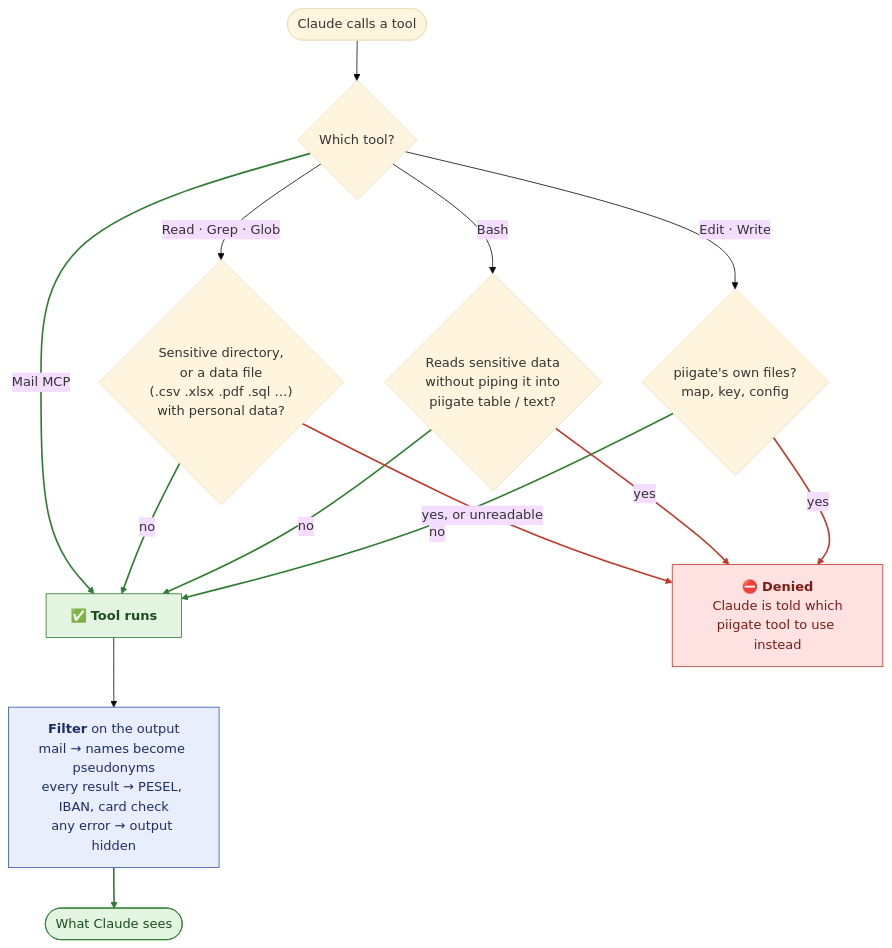
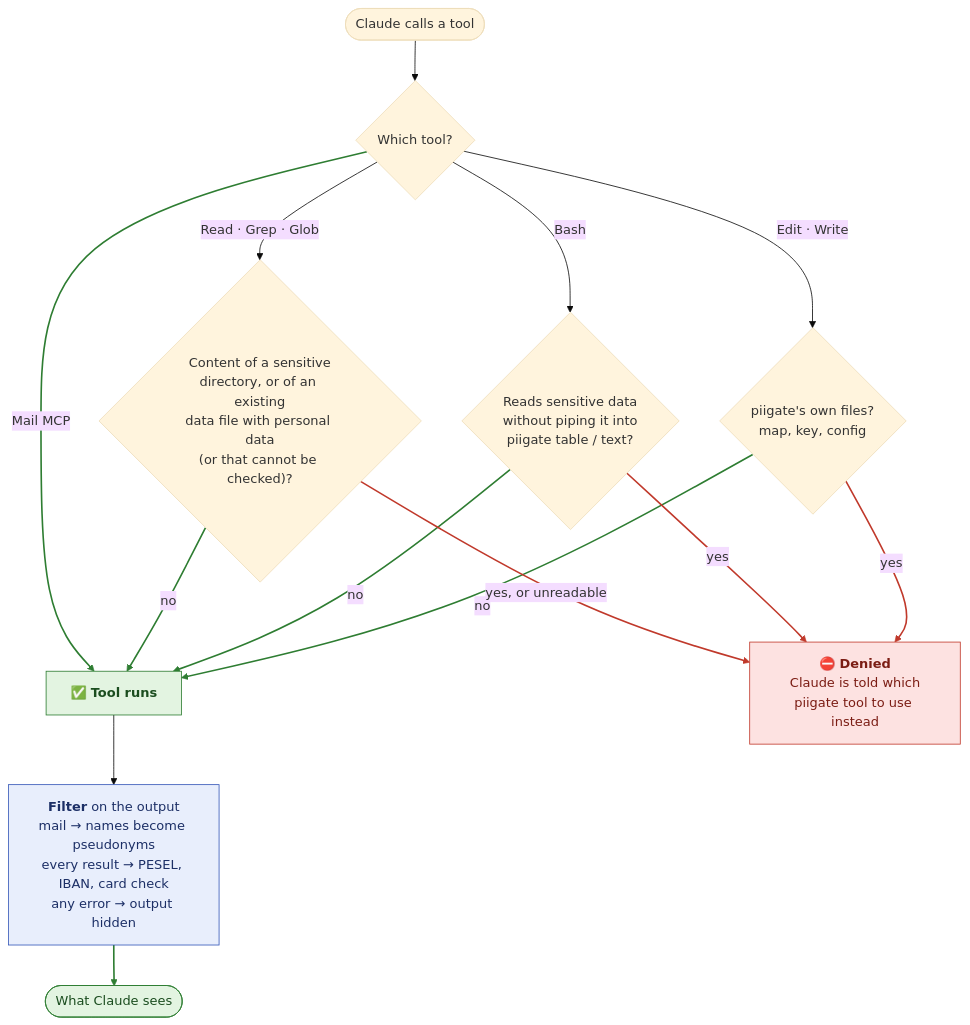
One commit to DragonKing026/piigate changed the first of 2 diagrams in README.md. Above: the diagram before and after it, drawn with Mermaid (base theme). The commit also changed other lines of this file and 5 other files, not shown here.

````diff
--- a/README.md
+++ b/README.md
@@ -22,29 +22,29 @@
 ```mermaid
 flowchart TD
     call(["Claude calls a tool"]) --> which{"Which tool?"}
 
-    which -->|"Read · Grep · Glob"| read{"Sensitive directory,<br>or a data file<br>(.csv .xlsx .pdf .sql …)<br>with personal data?"}
+    which -->|"Read · Grep · Glob"| read{"Content of a sensitive<br>directory, or of an existing<br>data file with personal data<br>(or that cannot be checked)?"}
     which -->|Bash| bash{"Reads sensitive data<br>without piping it into<br>piigate table / text?"}
     which -->|"Edit · Write"| own{"piigate's own files?<br>map, key, config"}
     which -->|"Mail MCP"| runs
 
     read -->|no| runs
     bash -->|no| runs
     own -->|no| runs
     read -->|"yes, or unreadable"| deny
     bash -->|yes| deny
     own -->|yes| deny
 
     deny["⛔ <b>Denied</b><br>Claude is told which<br>piigate tool to use instead"]
     runs["✅ <b>Tool runs</b>"] --> filter["<b>Filter</b> on the output<br>mail → names become pseudonyms<br>every result → PESEL, IBAN, card check<br>any error → output hidden"]
     filter --> ctx(["What Claude sees"])
 
     classDef deny fill:#fde2e1,stroke:#c0392b,color:#7b1d14
     classDef ok fill:#e3f4e1,stroke:#2e7d32,color:#1b4d1f
     classDef step fill:#e8eefc,stroke:#3557b7,color:#1c2f66
     class deny deny
     class runs,ctx ok
     class filter step
     linkStyle 4,5,6,7,12 stroke:#2e7d32,stroke-width:2px
     linkStyle 8,9,10 stroke:#c0392b,stroke-width:2px
 ```
````
